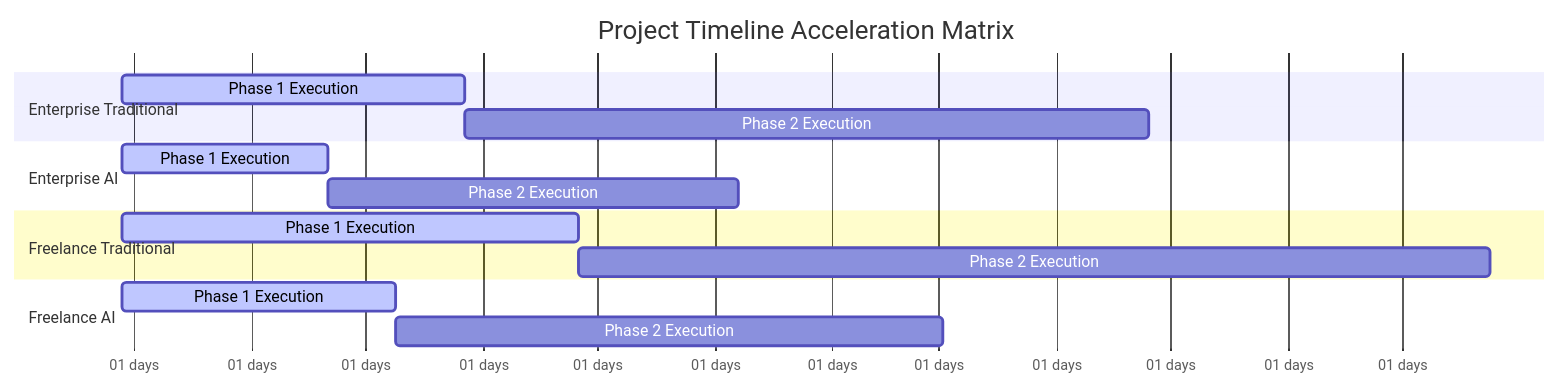
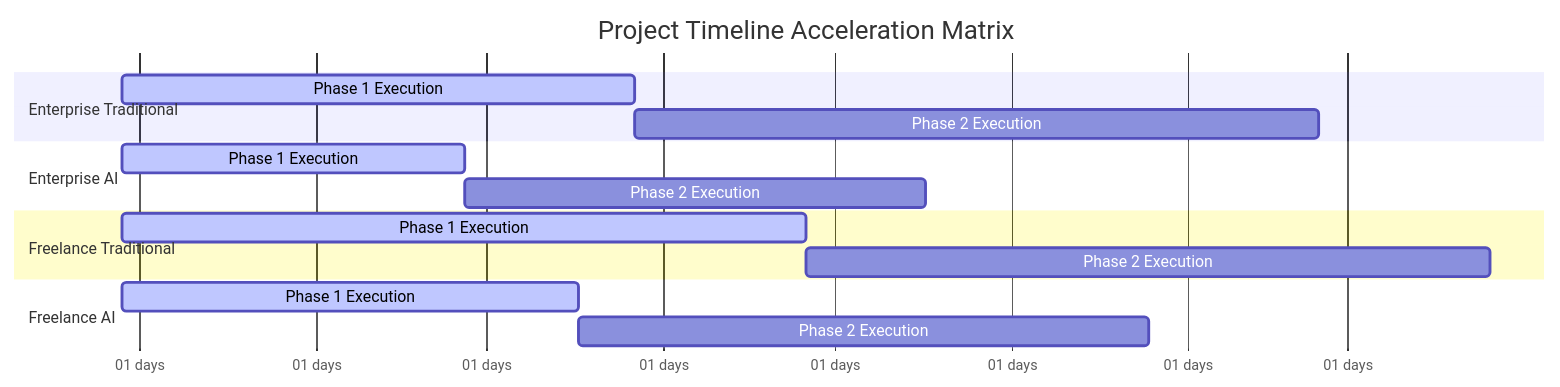
One commit to hainguyen81/ai-scraper changed the second of 3 diagrams in sources/storage/estimation/membership-hub/enterprise-estimation.md. Above: the diagram before and after it, drawn with Mermaid. The commit also changed other lines of this file and 1 other file, not shown here.

````diff
--- a/sources/storage/estimation/membership-hub/enterprise-estimation.md
+++ b/sources/storage/estimation/membership-hub/enterprise-estimation.md
@@ -171,18 +141,18 @@
 ```mermaid
 gantt
 title Project Timeline Acceleration Matrix
 dateFormat YYYY-MM-DD
 axisFormat %d days
 section Enterprise Traditional
 Phase 1 Execution :active, ent_p1, 2026-07-29, 90d
-Phase 2 Execution :ent_p2, after ent_p1, 180d
+Phase 2 Execution :ent_p2, after ent_p1, 120d
 section Enterprise AI
-Phase 1 Execution :active, ent_ai1, 2026-07-29, 54d
-Phase 2 Execution :ent_ai2, after ent_ai1, 108d
+Phase 1 Execution :active, ent_ai1, 2026-07-29, 60d
+Phase 2 Execution :ent_ai2, after ent_ai1, 81d
 section Freelance Traditional
 Phase 1 Execution :active, free_p1, 2026-07-29, 120d
-Phase 2 Execution :free_p2, after free_p1, 240d
+Phase 2 Execution :free_p2, after free_p1, 120d
 section Freelance AI
-Phase 1 Execution :active, free_ai1, 2026-07-29, 72d
-Phase 2 Execution :free_ai2, after free_ai1, 144d
+Phase 1 Execution :active, free_ai1, 2026-07-29, 80d
+Phase 2 Execution :free_ai2, after free_ai1, 100d
 ```
````
